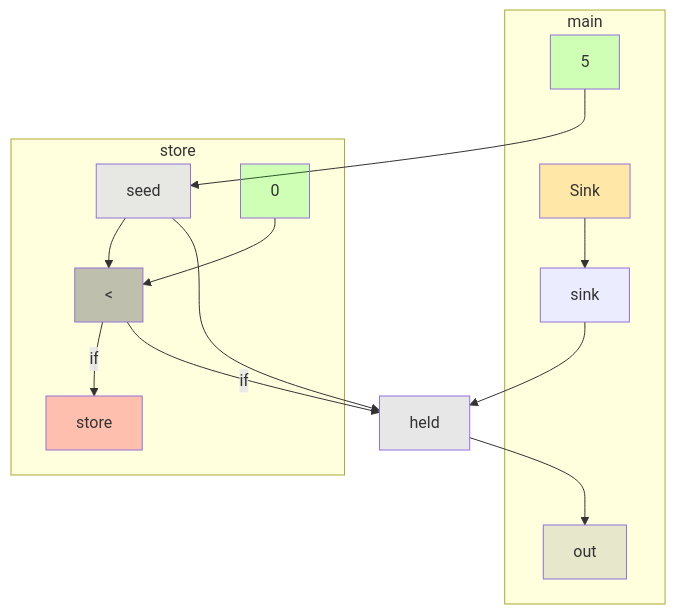
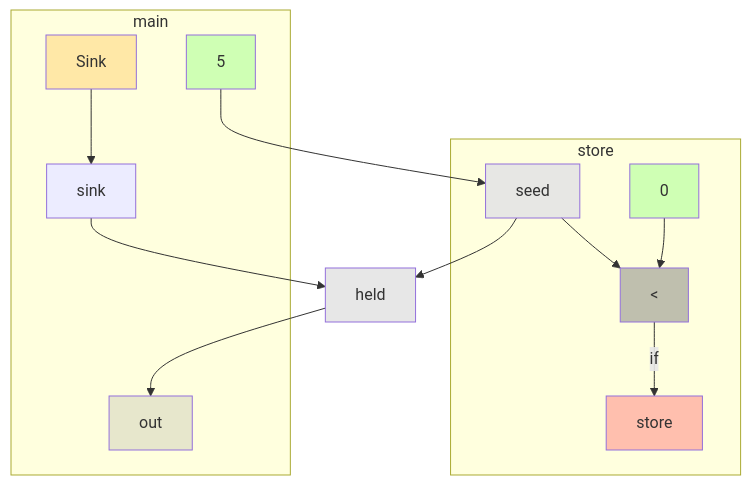
One commit to gstiebler/codeflow changed the diagram in app/src/test/resources/voidReturn/spike-truth.md. Above: the diagram before and after it, drawn with Mermaid. The commit also changed 17 other files, not shown here.

````diff
--- a/app/src/test/resources/voidReturn/spike-truth.md
+++ b/app/src/test/resources/voidReturn/spike-truth.md
@@ -3,32 +3,31 @@
 ```mermaid
 flowchart TD
   subgraph m0["main"]
     n0["Sink"]:::EXTERNAL
     n1["5"]:::LITERAL
     n2["sink"]:::OBJ_VARIABLE
     n3["out"]:::VARIABLE
   end
   subgraph m1["store"]
     n4["#lt;"]:::BIN_OP
     n5["seed"]:::FUNC_PARAM
     n6["0"]:::LITERAL
     n7["store"]:::RETURN
   end
   n8["held"]:::VARIABLE
   n0 --> n2
   n1 --> n5
   n2 --> n8
   n4 -->|if| n7
-  n4 -->|if| n8
   n5 --> n4
   n5 --> n8
   n6 --> n4
   n8 --> n3
   classDef LITERAL fill:#00FF0030
   classDef VARIABLE fill:#80808030
   classDef BIN_OP fill:#80808080
   classDef FUNC_PARAM fill:#8080FF30
   classDef RETURN fill:#FF808080
   classDef EXTERNAL fill:#FFA50040
   classDef UNMODELLED fill:#FF000030,stroke-dasharray: 4 2
 ```
````
